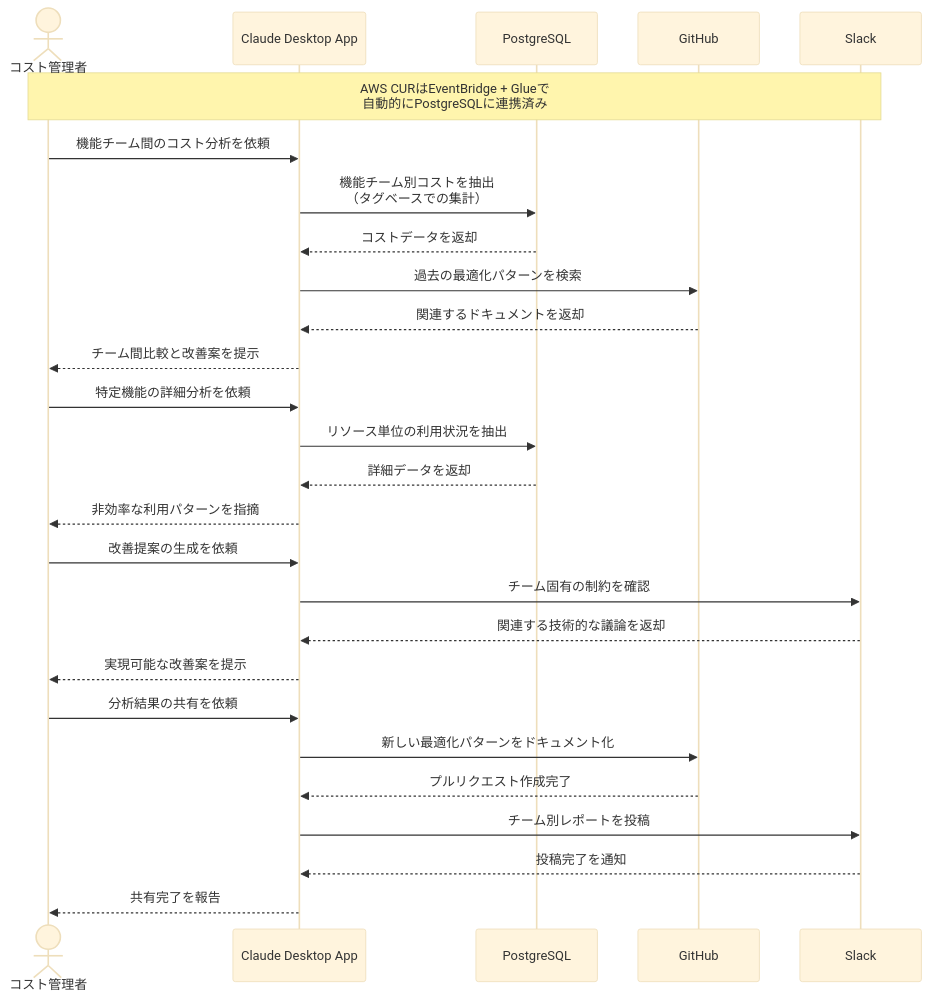
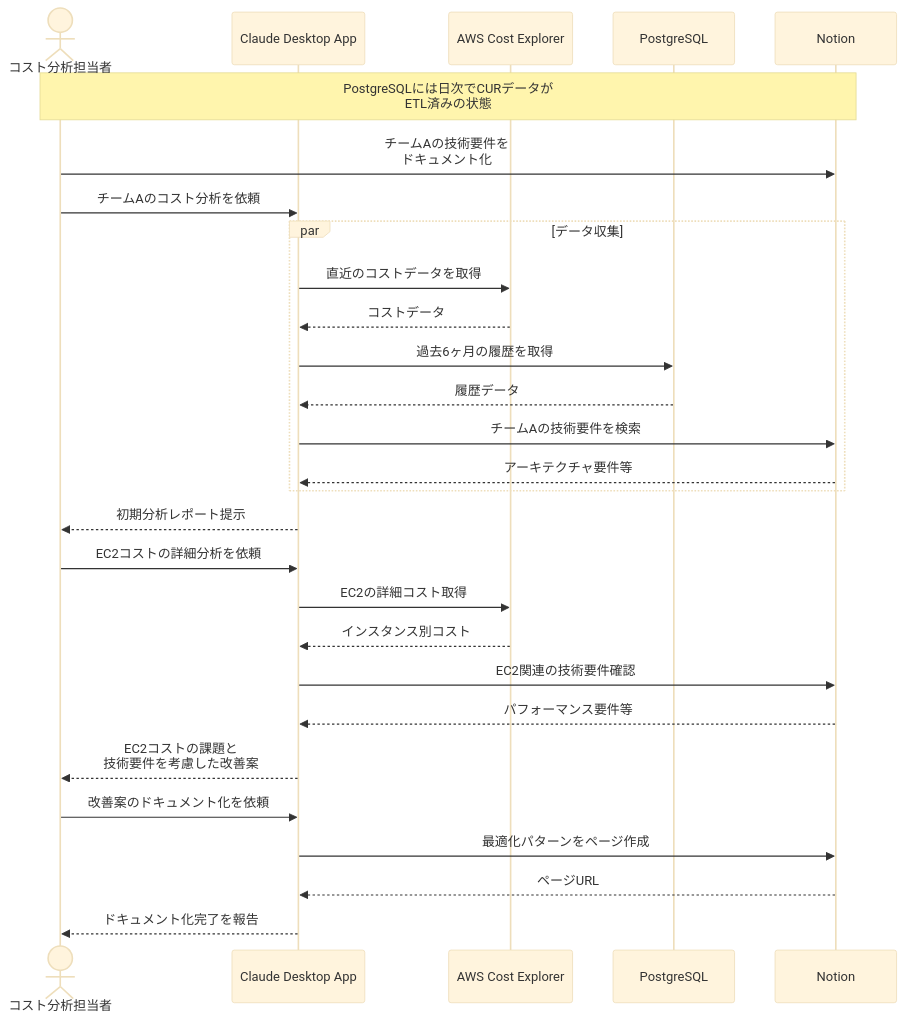
One commit to po-shu/mcp-100-ideas changed the diagram in docs/01_エンジニア/クラウドコストの分析を自動化する.md. Above: the diagram before and after it, drawn with Mermaid (base theme). The commit also changed other lines of this file and 1 other file, not shown here.

Commit message:
docs: utilize the latest community server, 01 in progress

````diff
--- a/docs/01_エンジニア/クラウドコストの分析を自動化する.md
+++ b/docs/01_エンジニア/クラウドコストの分析を自動化する.md
@@ -17,31 +17,37 @@
 ```mermaid
 sequenceDiagram
-    actor User as コスト管理者
-    participant CAP as Claude Desktop App
+    actor User as コスト分析担当者
+    participant Claude as Claude Desktop App
+    participant AWS as AWS Cost Explorer
     participant DB as PostgreSQL
-    participant GH as GitHub
-    participant Slack as Slack
+    participant NT as Notion
+
+    note over User,NT: PostgreSQLには日次でCURデータが<br>ETL済みの状態
+
+    User->>NT: チームAの技術要件を<br>ドキュメント化
+    User->>Claude: チームAのコスト分析を依頼
     
-    note over User,Slack: AWS CURはEventBridge + Glueで<br>自動的にPostgreSQLに連携済み
+    par データ収集
+        Claude->>AWS: 直近のコストデータを取得
+        AWS-->>Claude: コストデータ
+        Claude->>DB: 過去6ヶ月の履歴を取得
+        DB-->>Claude: 履歴データ
+        Claude->>NT: チームAの技術要件を検索
+        NT-->>Claude: アーキテクチャ要件等
+    end
+
+    Claude-->>User: 初期分析レポート提示
+    User->>Claude: EC2コストの詳細分析を依頼
     
-    User->>CAP: 機能チーム間のコスト分析を依頼
-    CAP->>DB: 機能チーム別コストを抽出<br>（タグベースでの集計）
-    DB-->>CAP: コストデータを返却
-    CAP->>GH: 過去の最適化パターンを検索
-    GH-->>CAP: 関連するドキュメントを返却
-    CAP-->>User: チーム間比較と改善案を提示
-    User->>CAP: 特定機能の詳細分析を依頼
-    CAP->>DB: リソース単位の利用状況を抽出
-    DB-->>CAP: 詳細データを返却
-    CAP-->>User: 非効率な利用パターンを指摘
-    User->>CAP: 改善提案の生成を依頼
-    CAP->>Slack: チーム固有の制約を確認
-    Slack-->>CAP: 関連する技術的な議論を返却
-    CAP-->>User: 実現可能な改善案を提示
-    User->>CAP: 分析結果の共有を依頼
-    CAP->>GH: 新しい最適化パターンをドキュメント化
-    GH-->>CAP: プルリクエスト作成完了
-    CAP->>Slack: チーム別レポートを投稿
-    Slack-->>CAP: 投稿完了を通知
-    CAP-->>User: 共有完了を報告
+    Claude->>AWS: EC2の詳細コスト取得
+    AWS-->>Claude: インスタンス別コスト
+    Claude->>NT: EC2関連の技術要件確認
+    NT-->>Claude: パフォーマンス要件等
+
+    Claude-->>User: EC2コストの課題と<br>技術要件を考慮した改善案
+
+    User->>Claude: 改善案のドキュメント化を依頼
+    Claude->>NT: 最適化パターンをページ作成
+    NT-->>Claude: ページURL
+    Claude-->>User: ドキュメント化完了を報告
 ```
````
